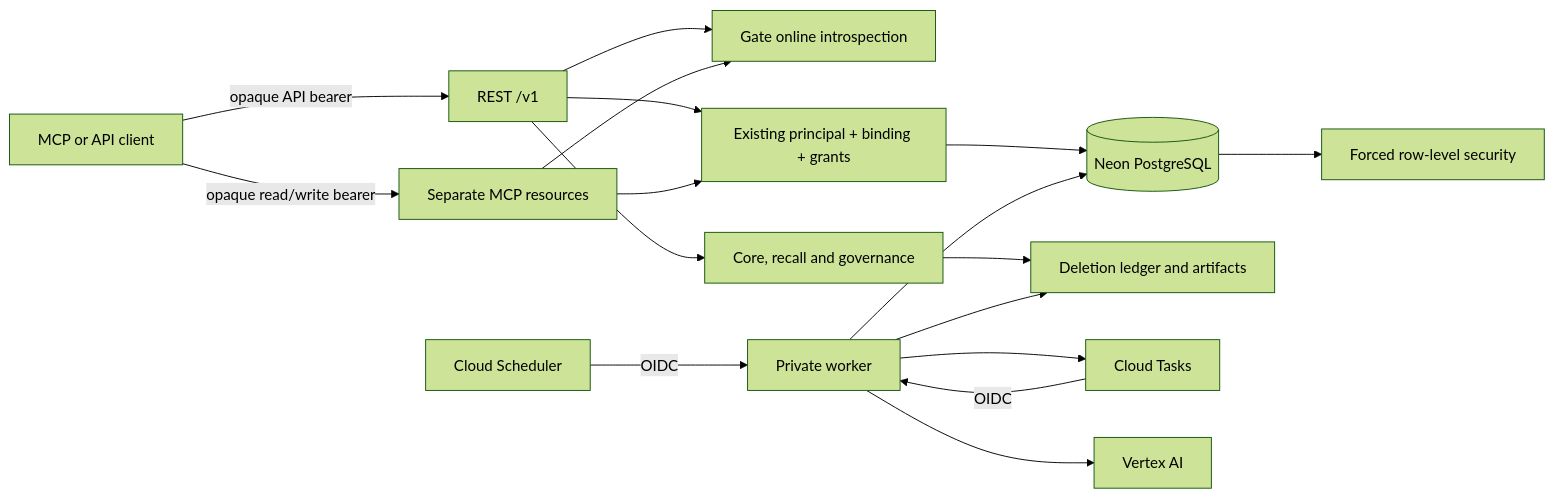
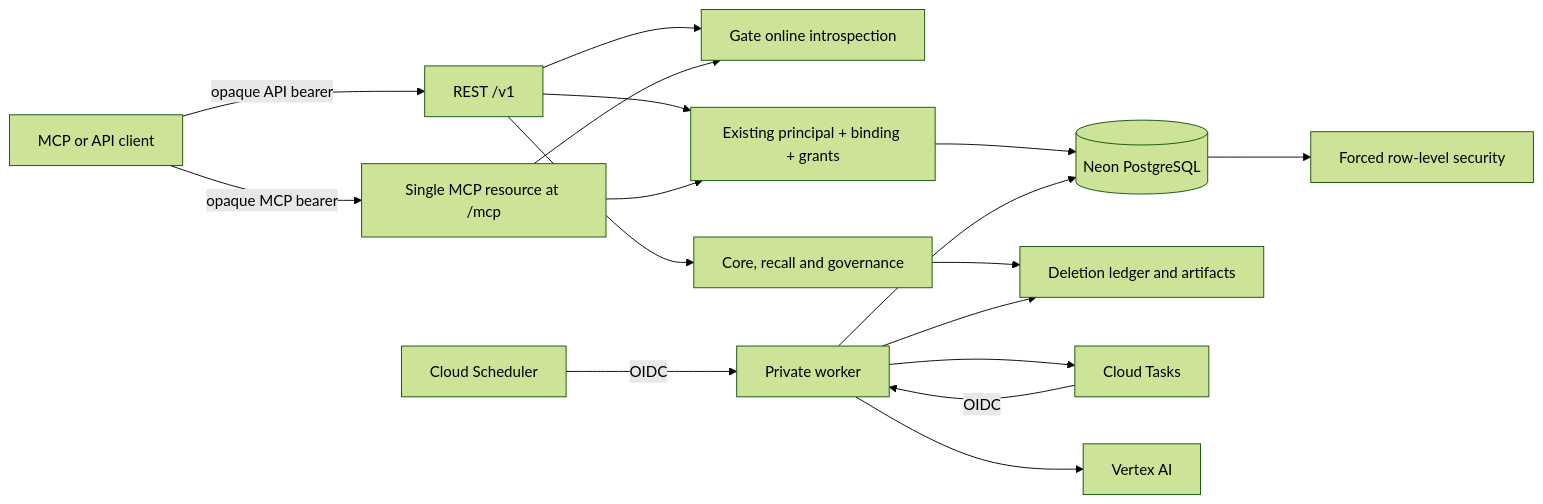
Before and after one commit to takezoh/syntoria-lore: the diagram in docs/technical/infrastructure.md, drawn with Mermaid (forest theme). The commit also changed other lines of this file and 34 other files, not shown here.

````diff
--- a/docs/technical/infrastructure.md
+++ b/docs/technical/infrastructure.md
@@ -9,19 +9,19 @@
 ```mermaid
 flowchart LR
   Client[MCP or API client] -->|opaque API bearer| API[REST /v1]
-  Client -->|opaque read/write bearer| MCP[Separate MCP resources]
+  Client -->|opaque MCP bearer| MCP[Single MCP resource at /mcp]
   API --> Gate[Gate online introspection]
   MCP --> Gate
   API --> Admission[Existing principal + binding + grants]
   MCP --> Admission
   Admission --> DB[(Neon PostgreSQL)]
   DB --> RLS[Forced row-level security]
   API --> Domain[Core, recall and governance]
   Domain --> GCS[Deletion ledger and artifacts]
   Scheduler[Cloud Scheduler] -->|OIDC| Worker[Private worker]
   Worker --> Tasks[Cloud Tasks]
   Tasks -->|OIDC| Worker
   Worker --> DB
   Worker --> GCS
   Worker --> Vertex[Vertex AI]
 ```
````
